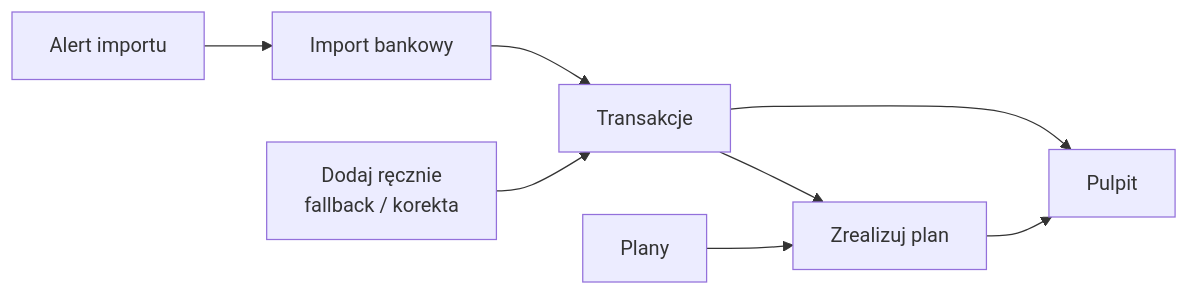
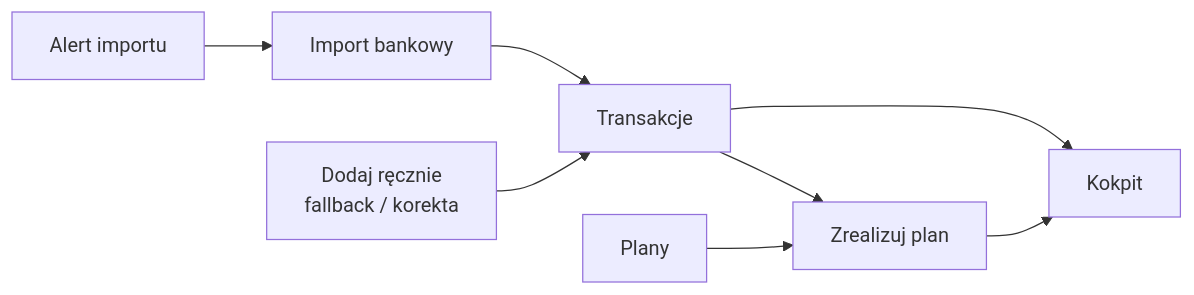
One commit to adrianghub/portfelik changed the first of 4 diagrams in docs/product/product-direction.md. Above: the diagram before and after it, drawn with Mermaid. The commit also changed other lines of this file and 3 other files, not shown here.

````diff
--- a/docs/product/product-direction.md
+++ b/docs/product/product-direction.md
@@ -17,10 +18,10 @@
 ```mermaid
 flowchart LR
   Import[Import bankowy] --> Transactions[Transakcje]
   Manual[Dodaj ręcznie<br/>fallback / korekta] --> Transactions
   Alerts[Alert importu] --> Import
   Transactions --> Settlement[Zrealizuj plan]
   Plans[Plany] --> Settlement
-  Transactions --> Dashboard[Pulpit]
+  Transactions --> Dashboard[Kokpit]
   Settlement --> Dashboard
 ```
````
